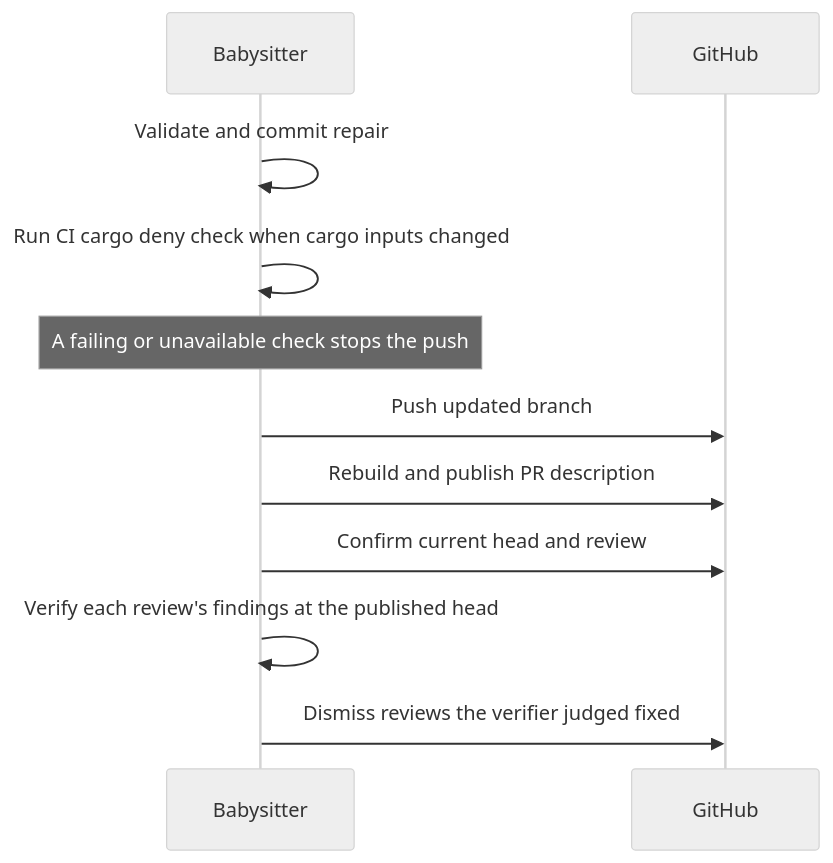
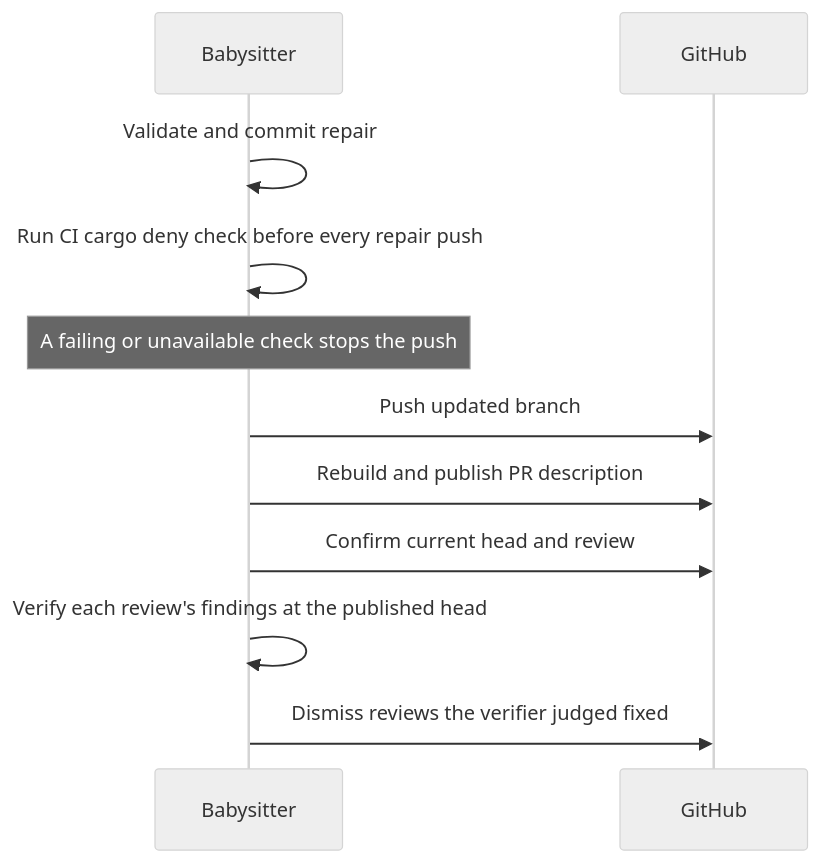
One commit to stSoftwareAU/VibeCoder changed the first of 2 diagrams in docs/workflows/fleet-pr-babysitter.md. Above: the diagram before and after it, drawn with Mermaid (neutral theme). The commit also changed other lines of this file and 8 other files, not shown here.

````diff
--- a/docs/workflows/fleet-pr-babysitter.md
+++ b/docs/workflows/fleet-pr-babysitter.md
@@ -53,13 +53,13 @@
 ```mermaid
 sequenceDiagram
     participant B as Babysitter
     participant G as GitHub
     B->>B: Validate and commit repair
-    B->>B: Run CI cargo deny check when cargo inputs changed
+    B->>B: Run CI cargo deny check before every repair push
     Note over B: A failing or unavailable check stops the push
     B->>G: Push updated branch
     B->>G: Rebuild and publish PR description
     B->>G: Confirm current head and review
     B->>B: Verify each review's findings at the published head
     B->>G: Dismiss reviews the verifier judged fixed
 ```
````
